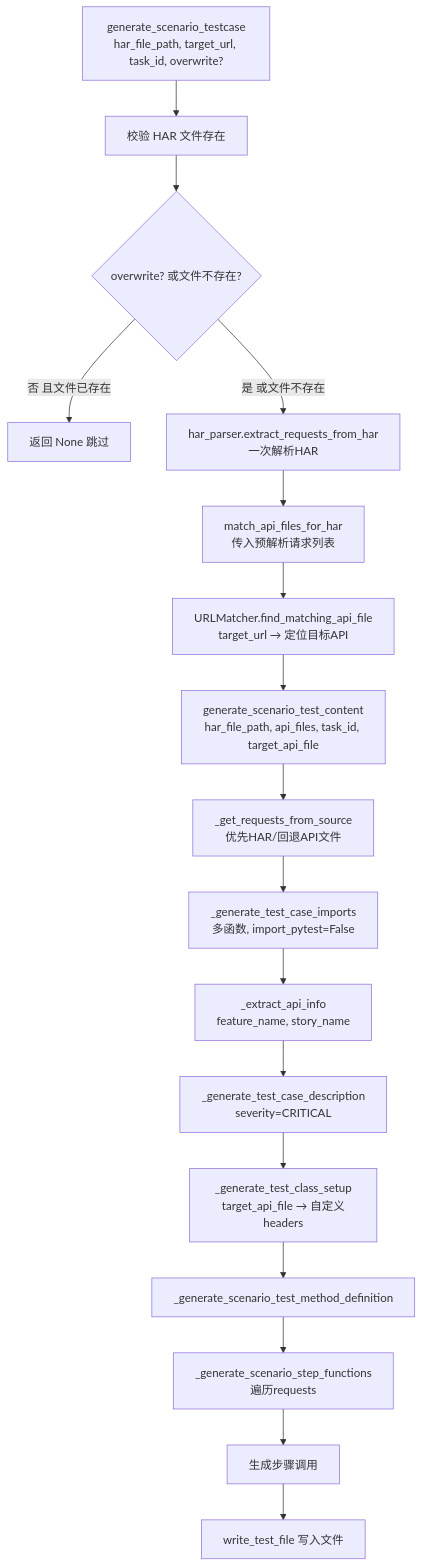
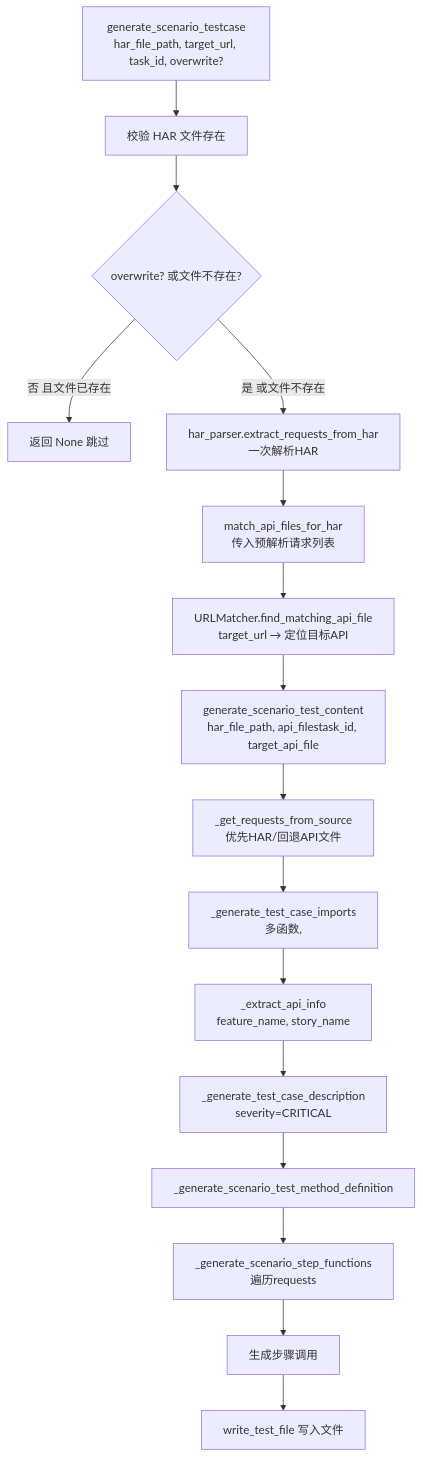
One commit to hewei198711/har2pytest changed the second of 3 diagrams in docs/testcase_generation_modes.md. Above: the diagram before and after it, drawn with Mermaid. The commit also changed other lines of this file and 4 other files, not shown here.

````diff
--- a/docs/testcase_generation_modes.md
+++ b/docs/testcase_generation_modes.md
@@ -200,19 +193,18 @@
 ```mermaid
 flowchart TD
     A[generate_scenario_testcase<br/>har_file_path, target_url, task_id, overwrite?] --> B[校验 HAR 文件存在]
     B --> C{overwrite? 或文件不存在?}
     C -->|否 且文件已存在| D[返回 None 跳过]
     C -->|是 或文件不存在| E[har_parser.extract_requests_from_har<br/>一次解析HAR]
     E --> F[match_api_files_for_har<br/>传入预解析请求列表]
     F --> G[URLMatcher.find_matching_api_file<br/>target_url → 定位目标API]
-    G --> H[generate_scenario_test_content<br/>har_file_path, api_files, task_id, target_api_file]
+    G --> H[generate_scenario_test_content<br/>har_file_path, api_filestask_id, target_api_file]
     H --> I[_get_requests_from_source<br/>优先HAR/回退API文件]
-    I --> J[_generate_test_case_imports<br/>多函数, import_pytest=False]
+    I --> J[_generate_test_case_imports<br/>多函数, ]
     J --> K[_extract_api_info<br/>feature_name, story_name]
     K --> L[_generate_test_case_description<br/>severity=CRITICAL]
-    L --> M[_generate_test_class_setup<br/>target_api_file → 自定义headers]
-    M --> N[_generate_scenario_test_method_definition]
+    L --> N[_generate_scenario_test_method_definition]
     N --> O[_generate_scenario_step_functions<br/>遍历requests]
     O --> P[生成步骤调用]
     P --> Q[write_test_file 写入文件]
 ```
````
